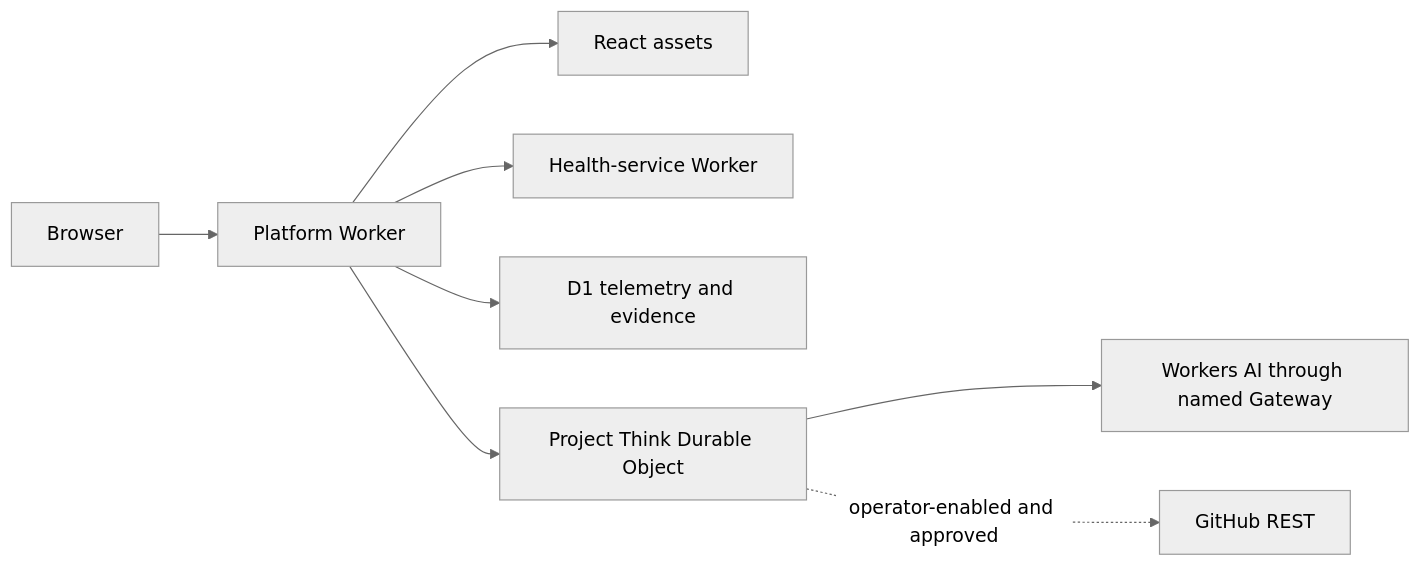
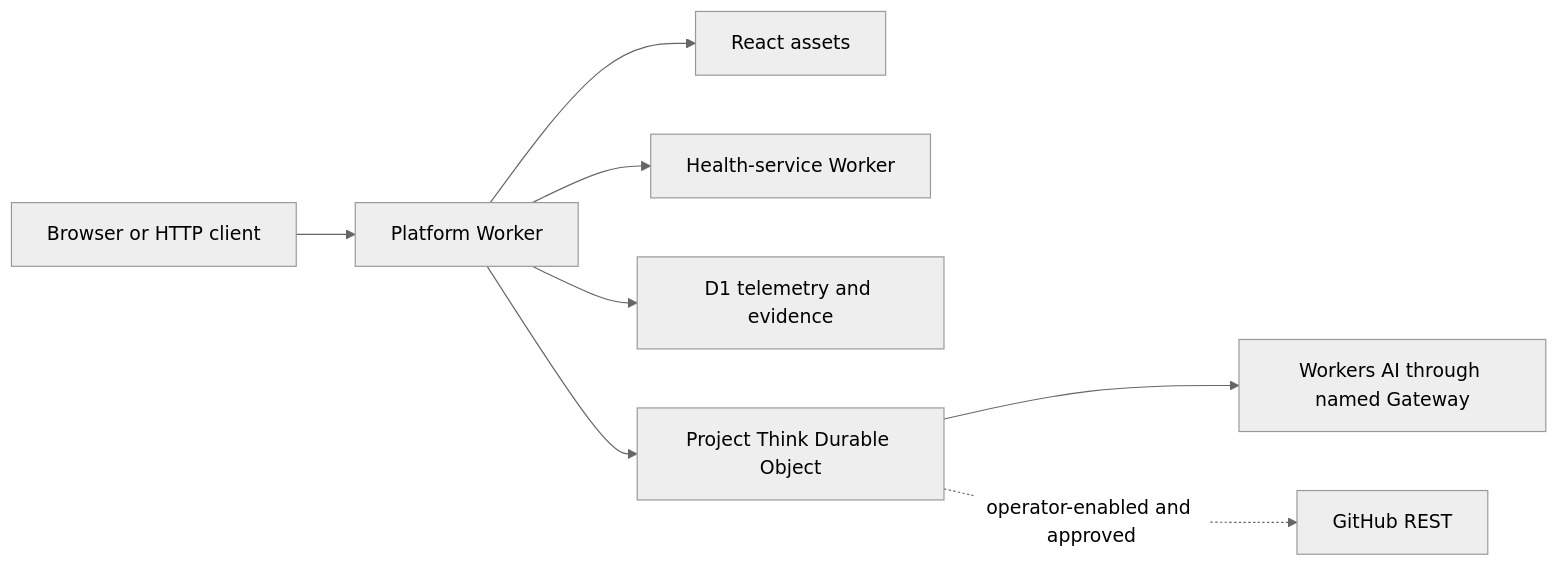
Before and after one commit to alexlopashev/cloudflare-agents-demo: the diagram in IMPLEMENTATION_PLAN.md, drawn with Mermaid (neutral theme). The commit also changed other lines of this file and 12 other files, not shown here.

````diff
--- a/IMPLEMENTATION_PLAN.md
+++ b/IMPLEMENTATION_PLAN.md
@@ -48,10 +48,10 @@
 ```mermaid
 flowchart LR
-    Browser["Browser"] --> Platform["Platform Worker"]
+    Browser["Browser or HTTP client"] --> Platform["Platform Worker"]
     Platform --> Assets["React assets"]
     Platform --> Health["Health-service Worker"]
     Platform --> D1["D1 telemetry and evidence"]
     Platform --> Agent["Project Think Durable Object"]
     Agent --> AI["Workers AI through named Gateway"]
     Agent -. "operator-enabled and approved" .-> GitHub["GitHub REST"]
 ```
````
